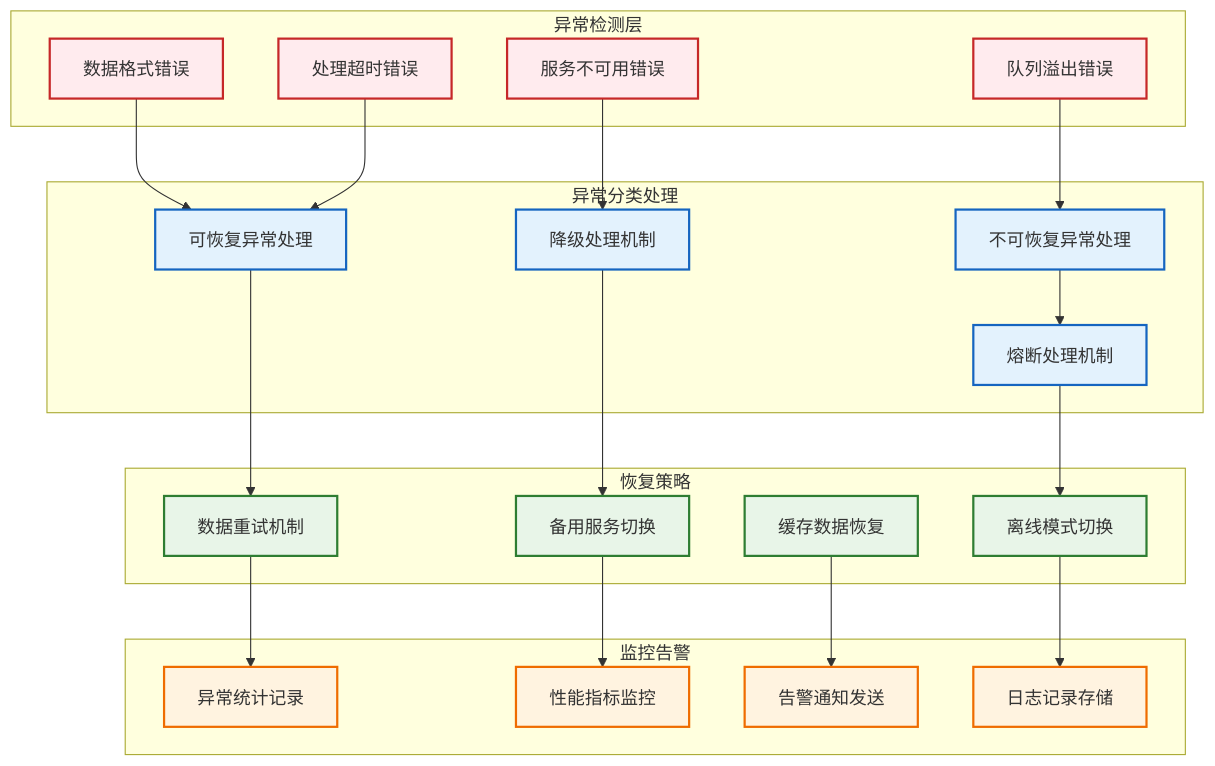
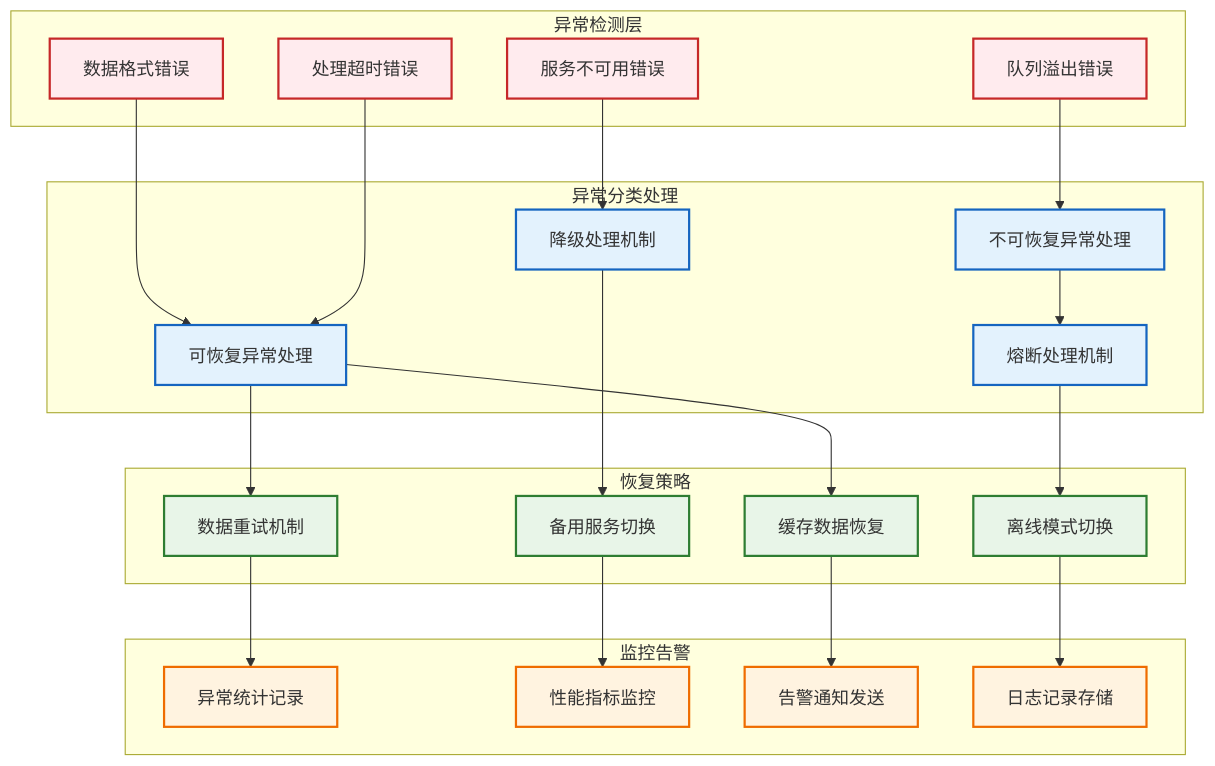
The fifth of 5 diagrams in main/xiaozhi-server/archbyWill/byw/04_data_flow.md (haoqianga11/xiaozhi-esp32-server), drawn with Mermaid before and after one commit. The commit also changed other lines of this file and 3 other files, not shown here.

````diff
--- a/main/xiaozhi-server/archbyWill/byw/04_data_flow.md
+++ b/main/xiaozhi-server/archbyWill/byw/04_data_flow.md
@@ -371,55 +382,56 @@
 ```mermaid
 graph TB
     subgraph "异常检测层"
         A[数据格式错误]
         B[队列溢出错误]
         C[处理超时错误]
         D[服务不可用错误]
     end
     
     subgraph "异常分类处理"
         E[可恢复异常处理]
         F[不可恢复异常处理]
         G[降级处理机制]
         H[熔断处理机制]
     end
     
     subgraph "恢复策略"
         I[数据重试机制]
         J[备用服务切换]
         K[缓存数据恢复]
         L[离线模式切换]
     end
     
     subgraph "监控告警"
         M[异常统计记录]
         N[性能指标监控]
         O[告警通知发送]
         P[日志记录存储]
     end
     
     A --> E
     B --> F
     C --> E
     D --> G
     
     E --> I
+    E --> K
     F --> H
     G --> J
     H --> L
     
     I --> M
     J --> N
     K --> O
     L --> P
     
     classDef detection fill:#ffebee,stroke:#c62828,stroke-width:2px
     classDef handling fill:#e3f2fd,stroke:#1565c0,stroke-width:2px
     classDef recovery fill:#e8f5e8,stroke:#2e7d32,stroke-width:2px
     classDef monitoring fill:#fff3e0,stroke:#ef6c00,stroke-width:2px
     
     class A,B,C,D detection
     class E,F,G,H handling
     class I,J,K,L recovery
     class M,N,O,P monitoring
 ```
````
